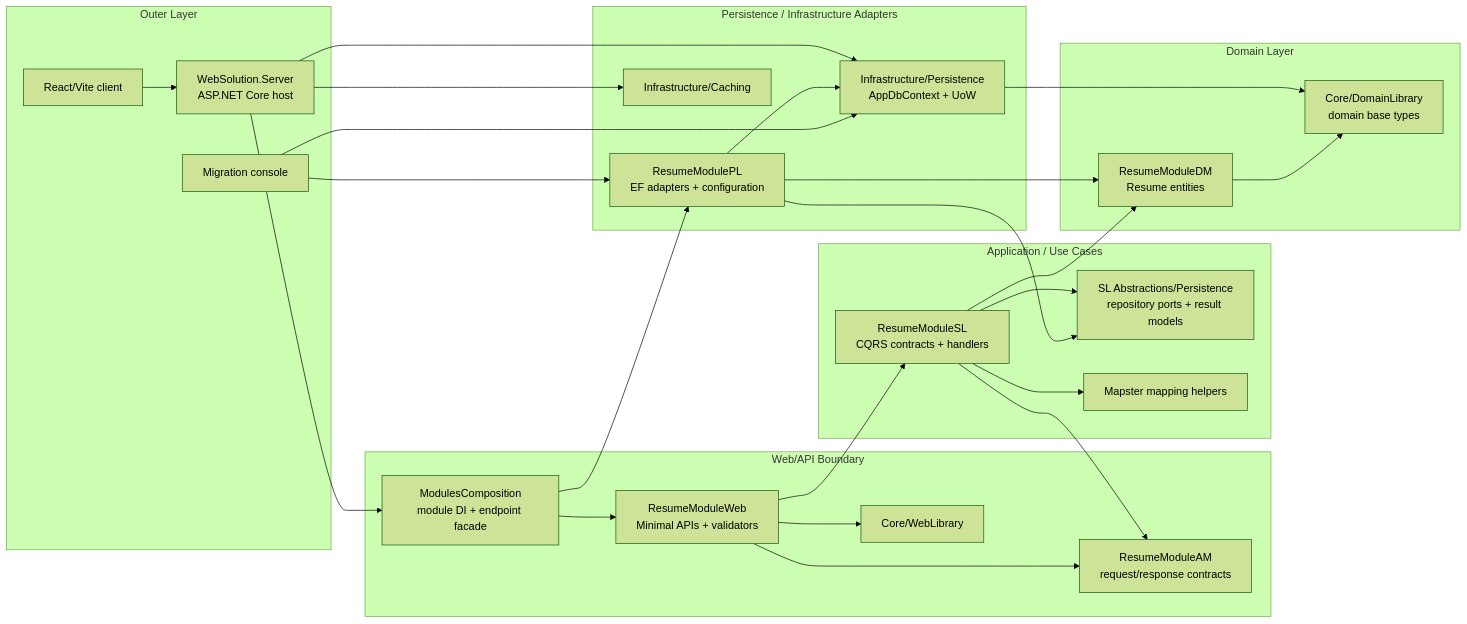
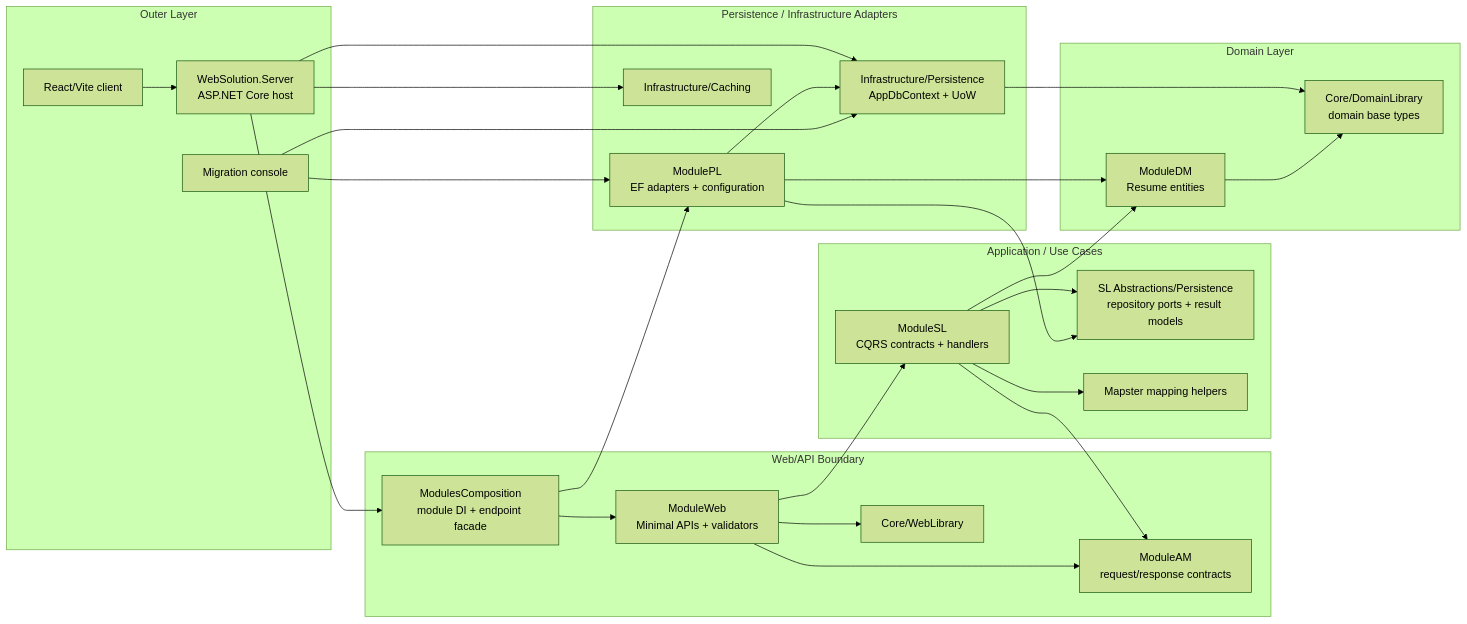
The first of 2 diagrams in README.md (onu-khatri/ResumeEnhancer), drawn with Mermaid (forest theme) before and after one commit. The commit also changed other lines of this file and 124 other files, not shown here.

````diff
--- a/README.md
+++ b/README.md
@@ -103,58 +103,58 @@
 ```mermaid
 flowchart LR
     subgraph Outer["Outer Layer"]
         Browser["React/Vite client"]
         Host["WebSolution.Server<br/>ASP.NET Core host"]
         MigrationConsole["Migration console"]
     end
 
     subgraph WebBoundary["Web/API Boundary"]
         ModuleComposition["ModulesComposition<br/>module DI + endpoint facade"]
-        ModuleWeb["ResumeModuleWeb<br/>Minimal APIs + validators"]
+        ModuleWeb["<ModuleName>ModuleWeb<br/>Minimal APIs + validators"]
         WebLibrary["Core/WebLibrary"]
-        AM["ResumeModuleAM<br/>request/response contracts"]
+        AM["<ModuleName>ModuleAM<br/>request/response contracts"]
     end
 
     subgraph Application["Application / Use Cases"]
-        SL["ResumeModuleSL<br/>CQRS contracts + handlers"]
+        SL["<ModuleName>ModuleSL<br/>CQRS contracts + handlers"]
         Ports["SL Abstractions/Persistence<br/>repository ports + result models"]
         Mapping["Mapster mapping helpers"]
     end
 
     subgraph InfrastructureAdapters["Persistence / Infrastructure Adapters"]
-        PL["ResumeModulePL<br/>EF adapters + configuration"]
+        PL["<ModuleName>ModulePL<br/>EF adapters + configuration"]
         Persistence["Infrastructure/Persistence<br/>AppDbContext + UoW"]
         Caching["Infrastructure/Caching"]
     end
 
     subgraph Domain["Domain Layer"]
-        DM["ResumeModuleDM<br/>Resume entities"]
+        DM["<ModuleName>ModuleDM<br/>Resume entities"]
         DomainLibrary["Core/DomainLibrary<br/>domain base types"]
     end
 
     Browser --> Host
     Host --> ModuleComposition
     Host --> Persistence
     Host --> Caching
 
     ModuleComposition --> ModuleWeb
     ModuleComposition --> PL
 
     ModuleWeb --> WebLibrary
     ModuleWeb --> AM
     ModuleWeb --> SL
 
     SL --> AM
     SL --> Ports
     SL --> Mapping
     SL --> DM
 
     PL --> Ports
     PL --> DM
     PL --> Persistence
 
     Persistence --> DomainLibrary
     DM --> DomainLibrary
     MigrationConsole --> Persistence
     MigrationConsole --> PL
 ```
````
